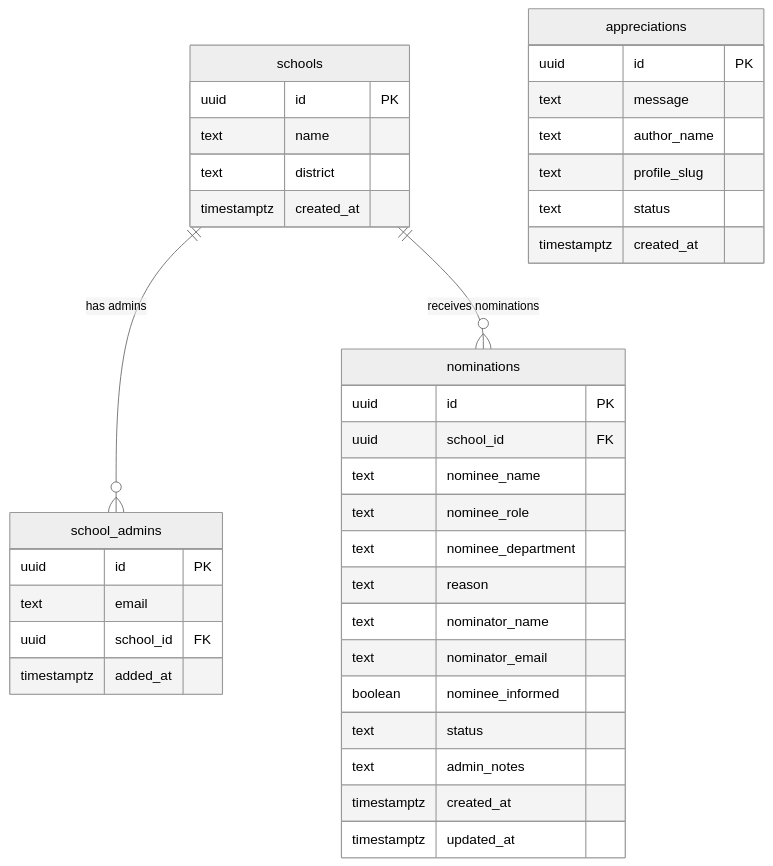
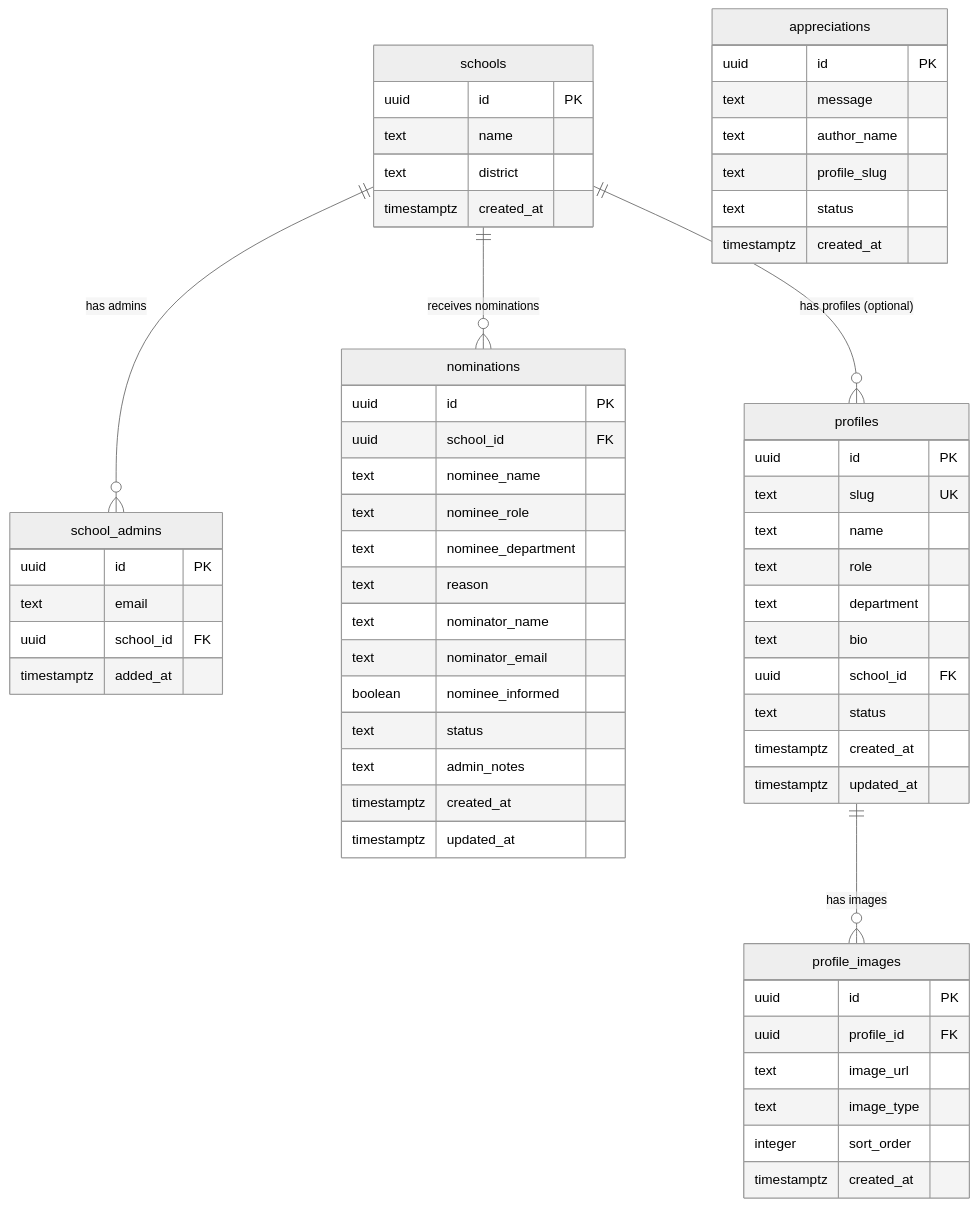
The first of 7 diagrams in public/docs/technical-design-document.md (van-sudo-git/content-refine), drawn with Mermaid (neutral theme) before and after one commit. The commit also changed other lines of this file, not shown here.

````diff
--- a/public/docs/technical-design-document.md
+++ b/public/docs/technical-design-document.md
@@ -221,40 +236,62 @@
 ```mermaid
 erDiagram
     schools {
         uuid id PK
         text name
         text district
         timestamptz created_at
     }
     school_admins {
         uuid id PK
         text email
         uuid school_id FK
         timestamptz added_at
     }
     nominations {
         uuid id PK
         uuid school_id FK
         text nominee_name
         text nominee_role
         text nominee_department
         text reason
         text nominator_name
         text nominator_email
         boolean nominee_informed
         text status
         text admin_notes
         timestamptz created_at
         timestamptz updated_at
     }
+    profiles {
+        uuid id PK
+        text slug UK
+        text name
+        text role
+        text department
+        text bio
+        uuid school_id FK
+        text status
+        timestamptz created_at
+        timestamptz updated_at
+    }
+    profile_images {
+        uuid id PK
+        uuid profile_id FK
+        text image_url
+        text image_type
+        integer sort_order
+        timestamptz created_at
+    }
     appreciations {
         uuid id PK
         text message
         text author_name
         text profile_slug
         text status
         timestamptz created_at
     }
     schools ||--o{ school_admins : "has admins"
     schools ||--o{ nominations : "receives nominations"
+    schools ||--o{ profiles : "has profiles (optional)"
+    profiles ||--o{ profile_images : "has images"
 ```
````
